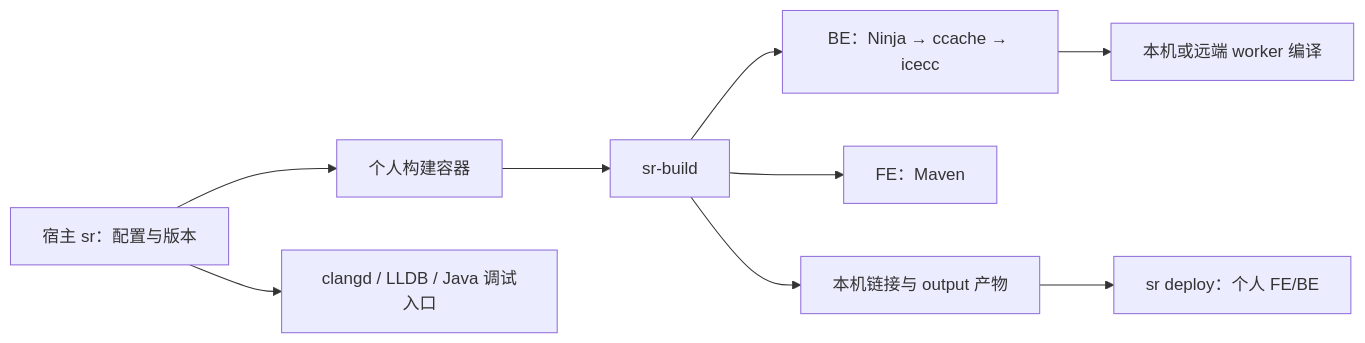
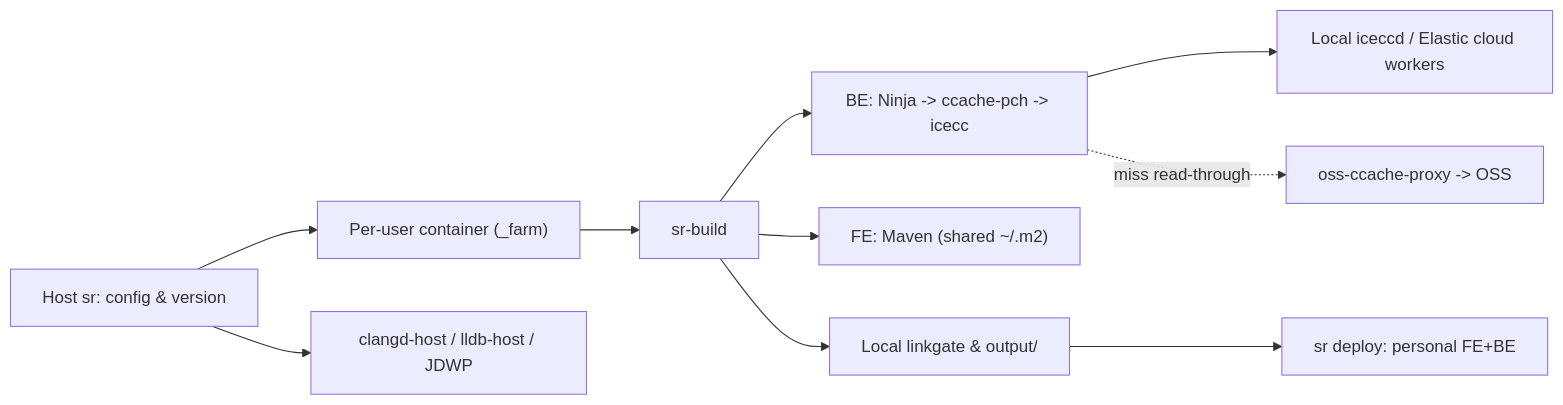
One commit to Wenjun7J/sr-dev changed the diagram in README.md. Above: the diagram before and after it, drawn with Mermaid. The commit also changed other lines of this file and 1 other file, not shown here.

First line of the commit message:
docs: refresh the English README and remove the obsolete flowchart

````diff
--- a/README.md
+++ b/README.md
@@ -43,11 +63,12 @@
 ```mermaid
 flowchart LR
-    A[宿主 sr：配置与版本] --> B[个人构建容器]
-    B --> C[sr-build]
-    C --> D[BE：Ninja → ccache → icecc]
-    D --> E[本机或远端 worker 编译]
-    C --> F[FE：Maven]
-    C --> G[本机链接与 output 产物]
-    G --> H[sr deploy：个人 FE/BE]
-    A --> I[clangd / LLDB / Java 调试入口]
+    A["Host sr: config & version"] --> B["Per-user container (<user>_farm)"]
+    B --> C["sr-build"]
+    C --> D["BE: Ninja -> ccache-pch -> icecc"]
+    D --> E["Local iceccd / Elastic cloud workers"]
+    D -. "miss read-through" .-> O["oss-ccache-proxy -> OSS"]
+    C --> F["FE: Maven (shared ~/.m2)"]
+    C --> G["Local linkgate & output/"]
+    G --> H["sr deploy: personal FE+BE"]
+    A --> I["clangd-host / lldb-host / JDWP"]
 ```
````
